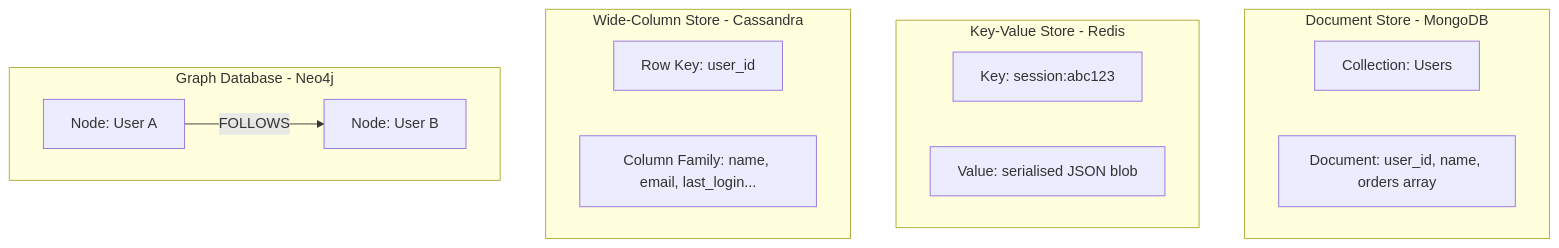
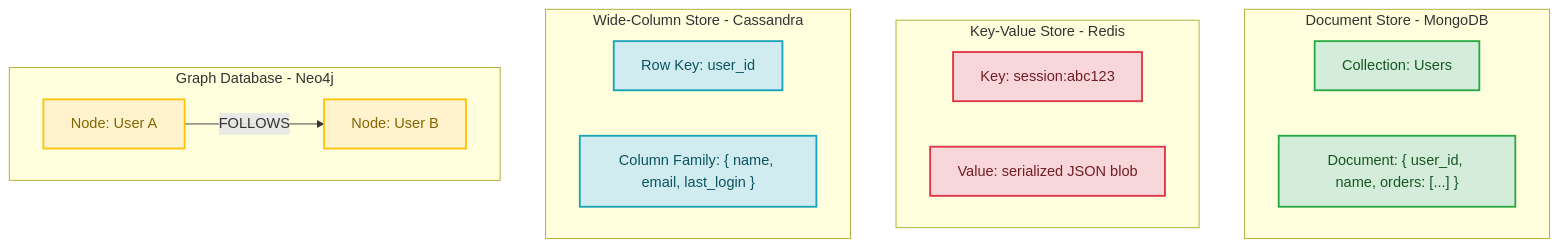
The first of 2 diagrams in src/pages/02-hld/databases/nosql/index.mdx (akshay-k-r/Interview-Prep-Resource), drawn with Mermaid before and after one commit. The commit also changed other lines of this file and 29 other files, not shown here.

````diff
--- a/src/pages/02-hld/databases/nosql/index.mdx
+++ b/src/pages/02-hld/databases/nosql/index.mdx
@@ -44,23 +44,34 @@
 ```mermaid
 flowchart TB
     subgraph Document["Document Store - MongoDB"]
         D1["Collection: Users"]
-        D2["Document: user_id, name, orders array"]
+        D2["Document: { user_id, name, orders: [...] }"]
     end
 
     subgraph KV["Key-Value Store - Redis"]
         K1["Key: session:abc123"]
-        K2["Value: serialised JSON blob"]
+        K2["Value: serialized JSON blob"]
     end
 
     subgraph WC["Wide-Column Store - Cassandra"]
         W1["Row Key: user_id"]
-        W2["Column Family: name, email, last_login..."]
+        W2["Column Family: { name, email, last_login }"]
     end
 
     subgraph Graph["Graph Database - Neo4j"]
         G1["Node: User A"]
         G2["Node: User B"]
         G1 -->|FOLLOWS| G2
     end
+
+    %% Styles
+    classDef docStyle fill:#d4edda,stroke:#28a745,stroke-width:2px,color:#155724;
+    classDef kvStyle fill:#f8d7da,stroke:#dc3545,stroke-width:2px,color:#721c24;
+    classDef wcStyle fill:#d1ecf1,stroke:#17a2b8,stroke-width:2px,color:#0c5460;
+    classDef graphStyle fill:#fff3cd,stroke:#ffc107,stroke-width:2px,color:#856404;
+
+    class D1,D2 docStyle;
+    class K1,K2 kvStyle;
+    class W1,W2 wcStyle;
+    class G1,G2 graphStyle;
 ```
````
